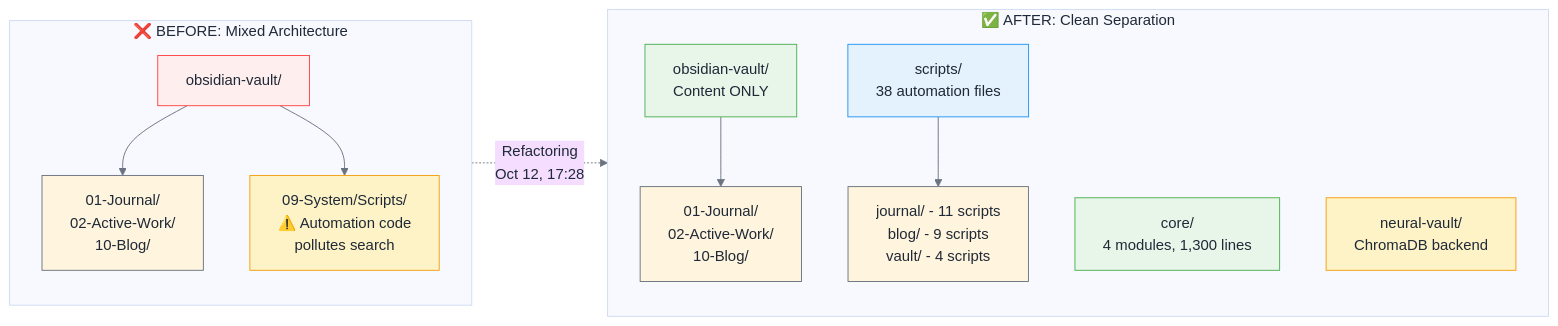
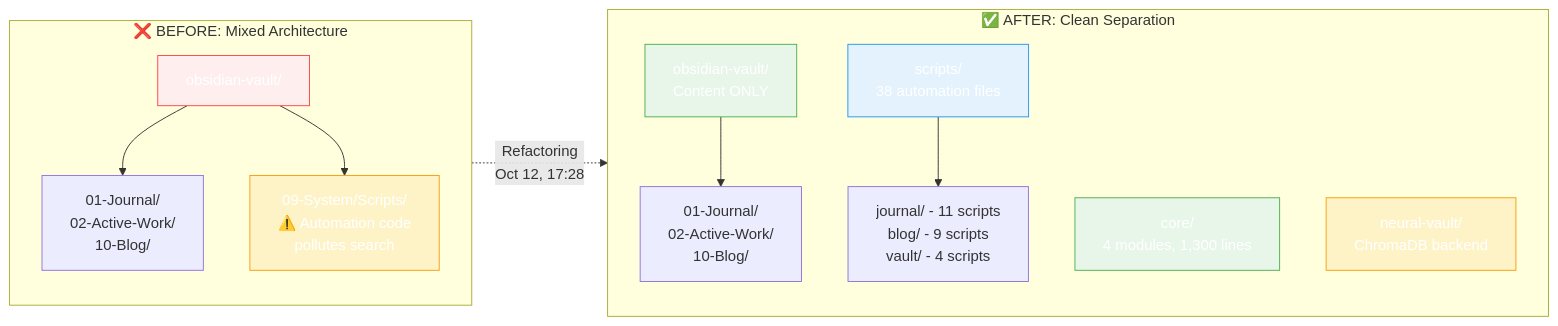
One commit to rduffyuk/blog-astro changed the fourth of 6 diagrams in src/data/blog/season-2-episode-4-three-systems-parallel-testing.md. Above: the diagram before and after it, drawn with Mermaid. The commit also changed other lines of this file, not shown here.

First line of the commit message:
Match diagram 2 color pattern for dark mode compatibility

````diff
--- a/src/data/blog/season-2-episode-4-three-systems-parallel-testing.md
+++ b/src/data/blog/season-2-episode-4-three-systems-parallel-testing.md
@@ -519,31 +517,30 @@
 ```mermaid
-%%{init: {'theme':'base', 'themeVariables': { 'primaryTextColor':'#1f2937','secondaryTextColor':'#1f2937','tertiaryTextColor':'#1f2937','primaryBorderColor':'#6b7280','lineColor':'#6b7280'}}}%%
 graph LR
     subgraph Before["❌ BEFORE: Mixed Architecture"]
         direction TB
         V1[obsidian-vault/]
         V1 --> Content1[01-Journal/<br/>02-Active-Work/<br/>10-Blog/]
         V1 --> Code1[09-System/Scripts/<br/>⚠️ Automation code<br/>pollutes search]
 
-        style V1 fill:#fee,stroke:#f44
-        style Code1 fill:#fef3c7,stroke:#f59e0b
+        style V1 fill:#fee,stroke:#f44,color:#fff
+        style Code1 fill:#fef3c7,stroke:#f59e0b,color:#fff
     end
 
     subgraph After["✅ AFTER: Clean Separation"]
         direction TB
         V2[obsidian-vault/<br/>Content ONLY]
         Scripts[scripts/<br/>38 automation files]
         Core[core/<br/>4 modules, 1,300 lines]
         Neural[neural-vault/<br/>ChromaDB backend]
 
         V2 --> Content2[01-Journal/<br/>02-Active-Work/<br/>10-Blog/]
         Scripts --> Journal[journal/ - 11 scripts<br/>blog/ - 9 scripts<br/>vault/ - 4 scripts]
 
-        style V2 fill:#e8f5e9,stroke:#4caf50
-        style Scripts fill:#e3f2fd,stroke:#2196f3
-        style Core fill:#e8f5e9,stroke:#4caf50
-        style Neural fill:#fef3c7,stroke:#f59e0b
+        style V2 fill:#e8f5e9,stroke:#4caf50,color:#fff
+        style Scripts fill:#e3f2fd,stroke:#2196f3,color:#fff
+        style Core fill:#e8f5e9,stroke:#4caf50,color:#fff
+        style Neural fill:#fef3c7,stroke:#f59e0b,color:#fff
     end
 
     Before -.->|Refactoring<br/>Oct 12, 17:28| After
 ```
````
